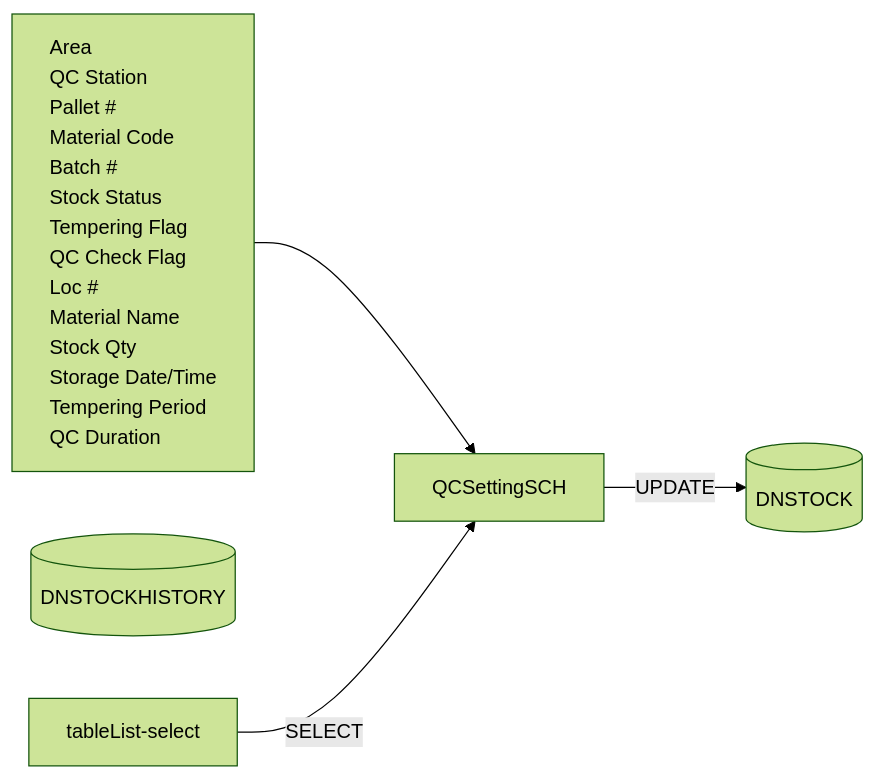
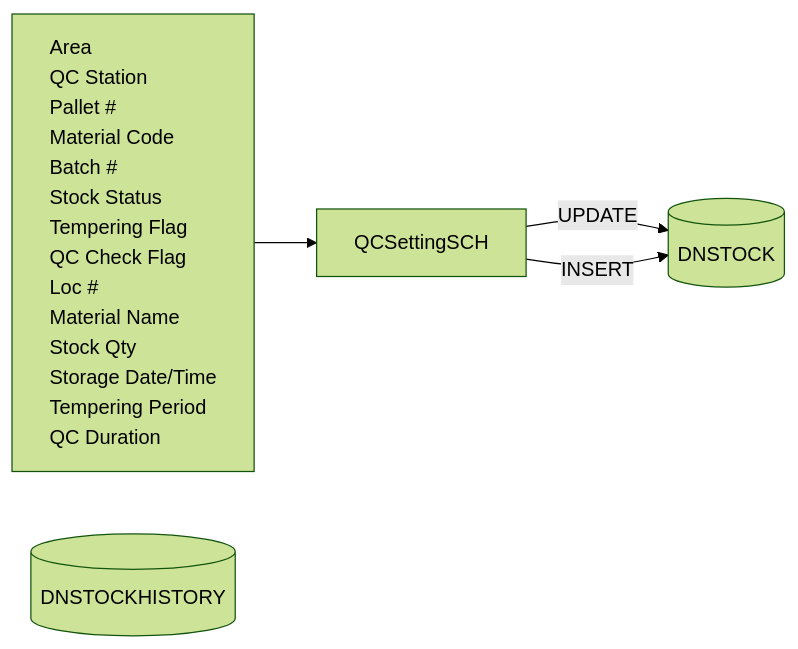
One commit to luthfiadityaa/SimeDarby-Wiki changed the second of 15 diagrams in Basic-Design/DFD-WMS/Retrieval/QC-Setting/Update-QC-Status.md. Above: the diagram before and after it, drawn with Mermaid (forest theme).

Commit message:
Updated Update QC Status

```diff
--- a/Basic-Design/DFD-WMS/Retrieval/QC-Setting/Update-QC-Status.md
+++ b/Basic-Design/DFD-WMS/Retrieval/QC-Setting/Update-QC-Status.md
@@ -50,35 +50,35 @@
 ::: mermaid
 flowchart LR
     input[
         Area
         QC Station
         Pallet #
         Material Code
         Batch #
         Stock Status
         Tempering Flag
         QC Check Flag
         Loc #
         Material Name
         Stock Qty
         Storage Date/Time
         Tempering Period
         QC Duration
     ]
 
      tableList-update[("
         DNSTOCK
     ")]
 
      tableList-insert[("
         DNSTOCKHISTORY
     ")]
 
     input-->className[QCSettingSCH]
 
-    tableList-select --> |SELECT| className
     className --> |UPDATE| tableList-update
+    className --> |INSERT| tableList-update
 
     classDef leftAlign text-align:left;
     class input leftAlign;
 :::
```
